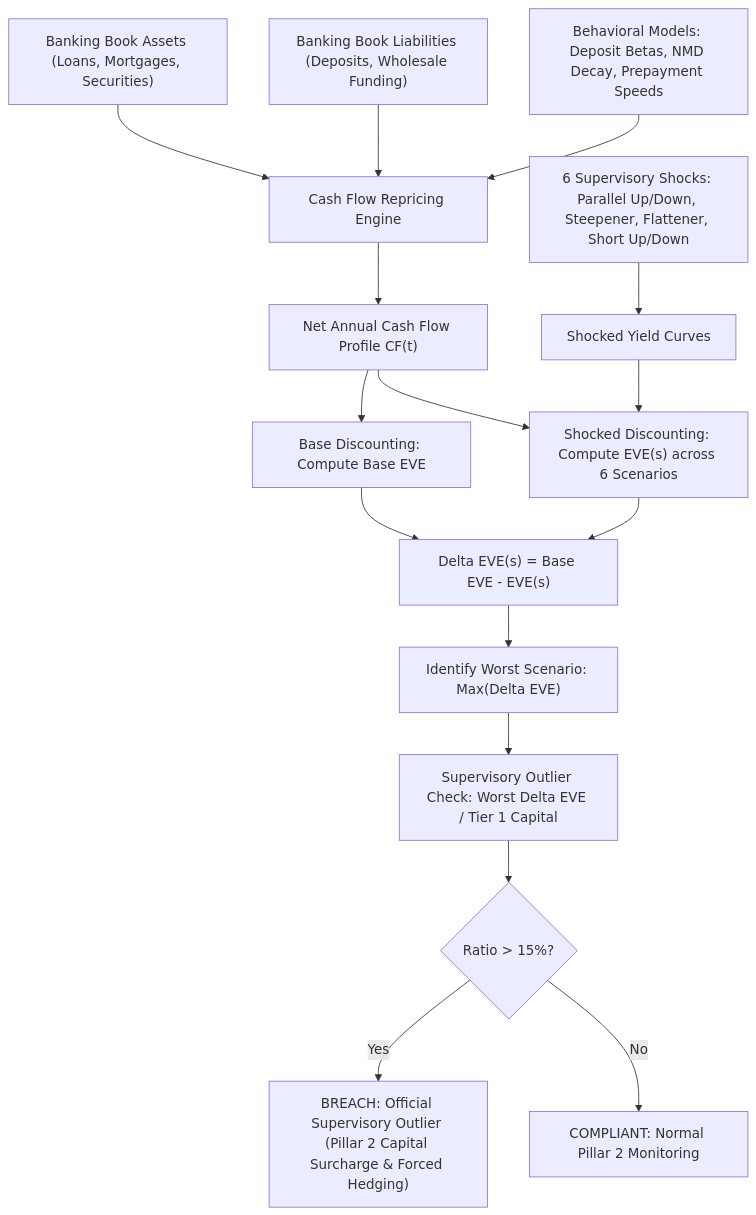
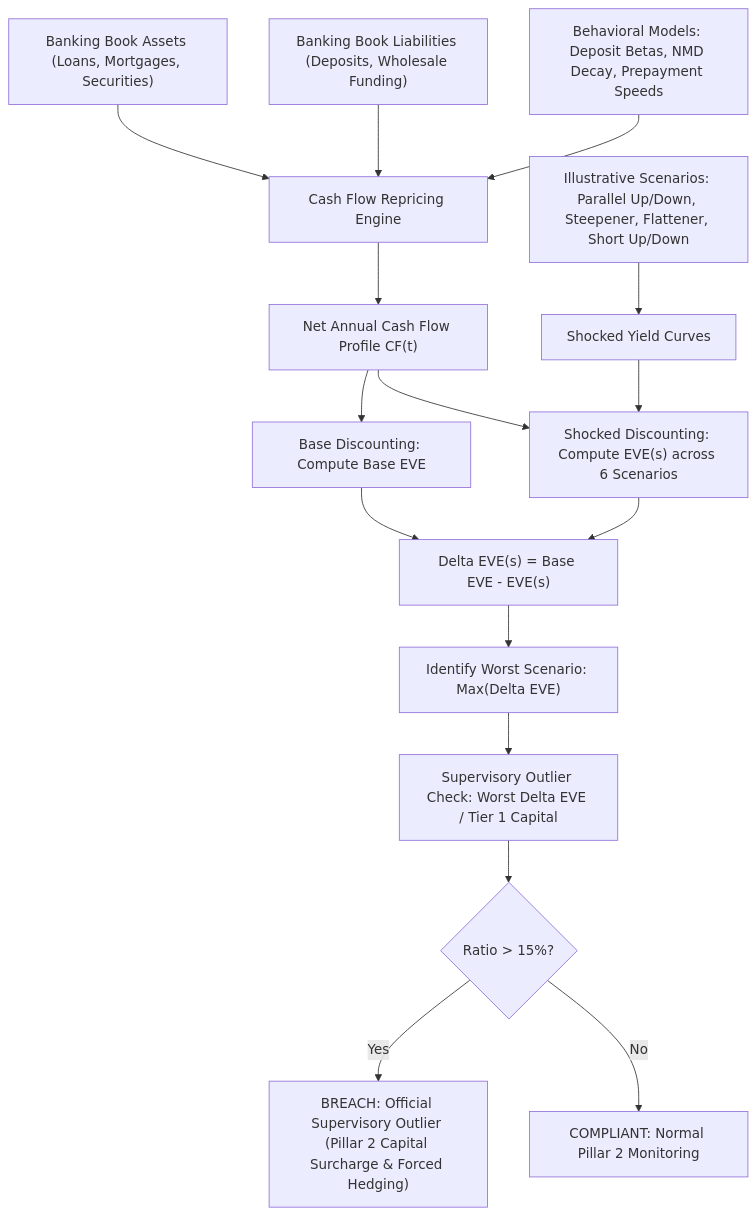
Before and after one commit to shreejitverma/The-Quant-Prep: the diagram in 17-Regulatory-Capital-Basel-and-FRTB/16-Interest-Rate-Risk-in-the-Banking-Book-IRRBB.md, drawn with Mermaid. The commit also changed other lines of this file and 3 other files, not shown here.

````diff
--- a/17-Regulatory-Capital-Basel-and-FRTB/16-Interest-Rate-Risk-in-the-Banking-Book-IRRBB.md
+++ b/17-Regulatory-Capital-Basel-and-FRTB/16-Interest-Rate-Risk-in-the-Banking-Book-IRRBB.md
@@ -158,21 +158,21 @@
 ```mermaid
 flowchart TD
     A["Banking Book Assets (Loans, Mortgages, Securities)"] --> B["Cash Flow Repricing Engine"]
     C["Banking Book Liabilities (Deposits, Wholesale Funding)"] --> B
     
     D["Behavioral Models: Deposit Betas, NMD Decay, Prepayment Speeds"] --> B
     
     B --> E["Net Annual Cash Flow Profile CF(t)"]
     E --> F["Base Discounting: Compute Base EVE"]
     
-    G["6 Supervisory Shocks: Parallel Up/Down, Steepener, Flattener, Short Up/Down"] --> H["Shocked Yield Curves"]
+    G["Illustrative Scenarios: Parallel Up/Down, Steepener, Flattener, Short Up/Down"] --> H["Shocked Yield Curves"]
     E & H --> I["Shocked Discounting: Compute EVE(s) across 6 Scenarios"]
     
     F & I --> J["Delta EVE(s) = Base EVE - EVE(s)"]
     J --> K["Identify Worst Scenario: Max(Delta EVE)"]
     
     K --> L["Supervisory Outlier Check: Worst Delta EVE / Tier 1 Capital"]
     L --> M{"Ratio > 15%?"}
     M -- "Yes" --> N["BREACH: Official Supervisory Outlier (Pillar 2 Capital Surcharge & Forced Hedging)"]
     M -- "No" --> O["COMPLIANT: Normal Pillar 2 Monitoring"]
 ```
````
